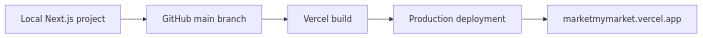
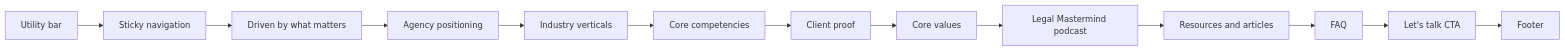
One commit to futurehelp/marketmymarket changed the second of 5 diagrams in README.md. Above: the diagram before and after it, drawn with Mermaid. The commit also changed other lines of this file and 54 other files, not shown here.

````diff
--- a/README.md
+++ b/README.md
@@ -127,7 +61,15 @@
 ```mermaid
 flowchart LR
-    A[Local Next.js project] --> B[GitHub main branch]
-    B --> C[Vercel build]
-    C --> D[Production deployment]
-    D --> E[marketmymarket.vercel.app]
+    A[Utility bar] --> B[Sticky navigation]
+    B --> C[Driven by what matters]
+    C --> D[Agency positioning]
+    D --> E[Industry verticals]
+    E --> F[Core competencies]
+    F --> G[Client proof]
+    G --> H[Core values]
+    H --> I[Legal Mastermind podcast]
+    I --> J[Resources and articles]
+    J --> K[FAQ]
+    K --> L[Let's talk CTA]
+    L --> M[Footer]
 ```
````
